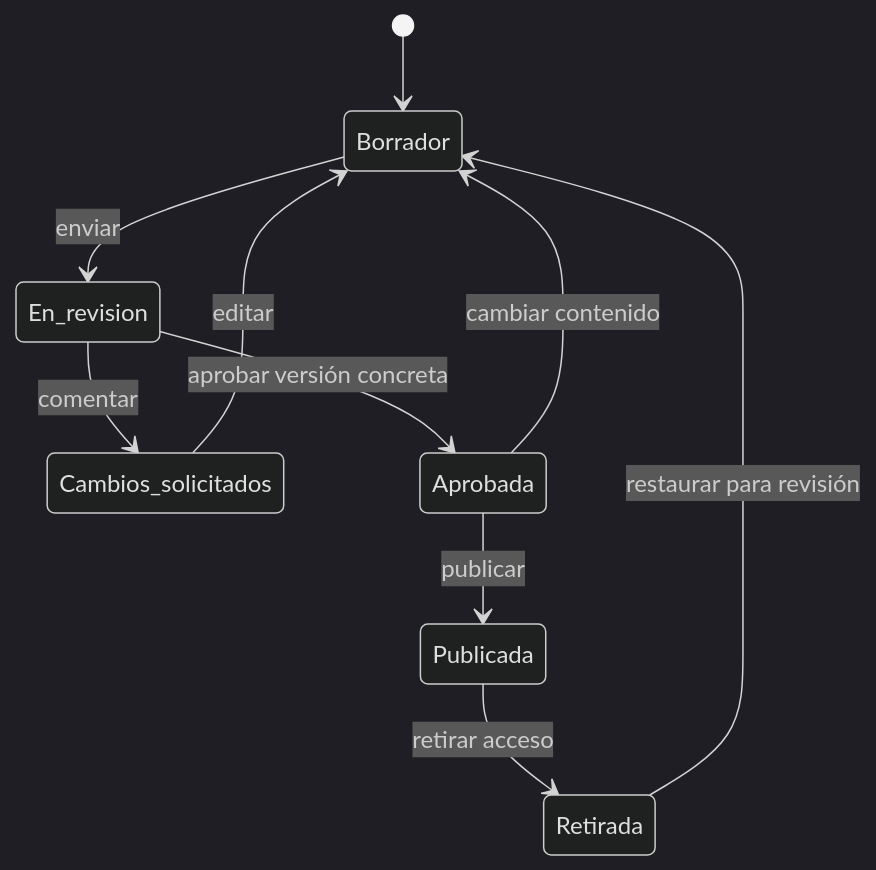
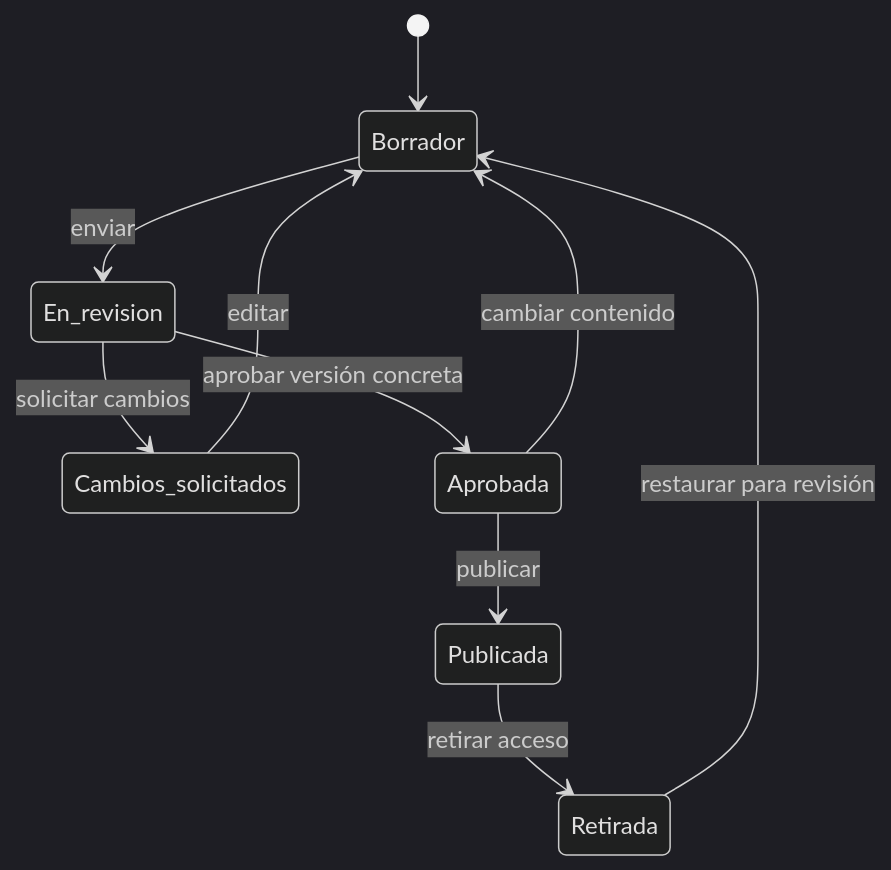
Before and after one commit to happy-learners-gt/happy-learners-platform: the fifth of 7 diagrams in docs/redesign/modelo-educativo-generico.md, drawn with Mermaid (dark theme).

Commit message:
docs(ux): distinguish review comments from change requests (HL-44)

````diff
--- a/docs/redesign/modelo-educativo-generico.md
+++ b/docs/redesign/modelo-educativo-generico.md
@@ -176,12 +176,12 @@
 ```mermaid
 stateDiagram-v2
   [*] --> Borrador
   Borrador --> En_revision: enviar
-  En_revision --> Cambios_solicitados: comentar
+  En_revision --> Cambios_solicitados: solicitar cambios
   Cambios_solicitados --> Borrador: editar
   En_revision --> Aprobada: aprobar versión concreta
   Aprobada --> Publicada: publicar
   Aprobada --> Borrador: cambiar contenido
   Publicada --> Retirada: retirar acceso
   Retirada --> Borrador: restaurar para revisión
 ```
````
